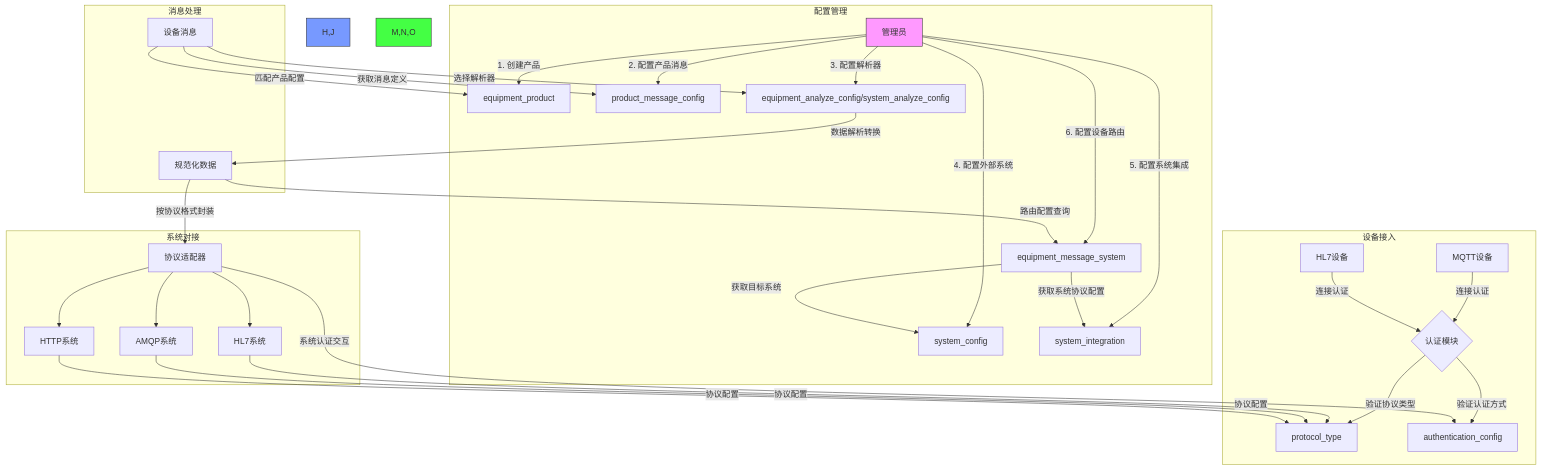
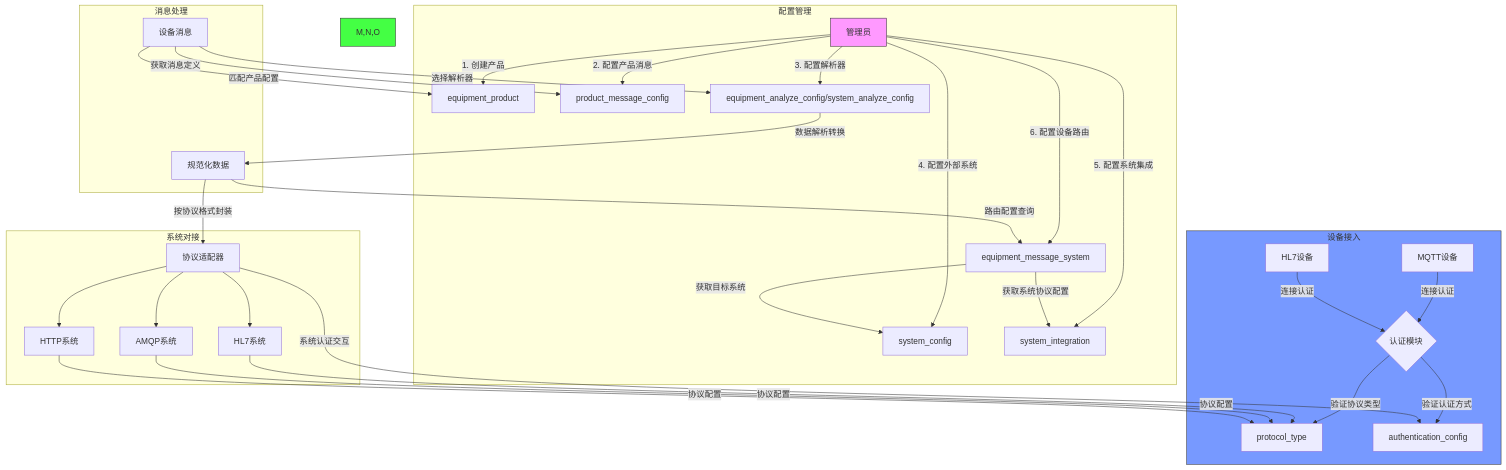
The diagram in all/未命名-6.md (fuyong859050943/iodraw-files), drawn with Mermaid before and after one commit.

Commit message:
2025-02-25 19:39:27 update

````diff
--- a/all/未命名-6.md
+++ b/all/未命名-6.md
@@ -1,43 +1,43 @@
 ```mermaid
 flowchart TD
     subgraph 配置管理
         A[管理员] -->|1. 创建产品| B[equipment_product]
         A -->|2. 配置产品消息| C[product_message_config]
         A -->|3. 配置解析器| D[equipment_analyze_config/system_analyze_config]
         A -->|4. 配置外部系统| E[system_config]
         A -->|5. 配置系统集成| F[system_integration]
         A -->|6. 配置设备路由| G[equipment_message_system]
     end
     
     subgraph 设备接入
         H[MQTT设备] -->|连接认证| I{认证模块}
         J[HL7设备] -->|连接认证| I
         I -->|验证协议类型| protocol_type
         I -->|验证认证方式| authentication_config
     end
     
     subgraph 消息处理
         K[设备消息] -->|匹配产品配置| B
         K -->|获取消息定义| C
         K -->|选择解析器| D
         D -->|数据解析转换| L[规范化数据]
         L -->|路由配置查询| G
         G -->|获取目标系统| E
         G -->|获取系统协议配置| F
     end
     
     subgraph 系统对接
         M[HL7系统] -->|协议配置| protocol_type
         N[AMQP系统] -->|协议配置| protocol_type
         O[HTTP系统] -->|协议配置| protocol_type
         L -->|按协议格式封装| P[协议适配器]
         P -->|系统认证交互| authentication_config
         P --> M
         P --> N
         P --> O
     end
     
     style A fill:#f9f,stroke:#333
-    style H,J fill:#79f,stroke:#333
+    style 设备接入 fill:#79f,stroke:#333
     style M,N,O fill:#4f4,stroke:#333
 ```
````
